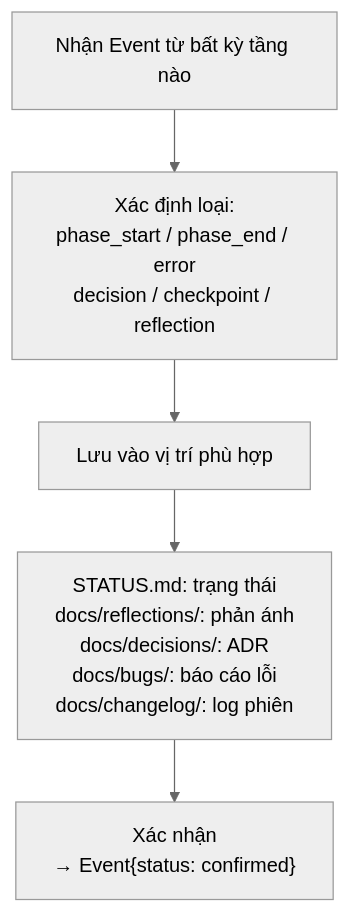
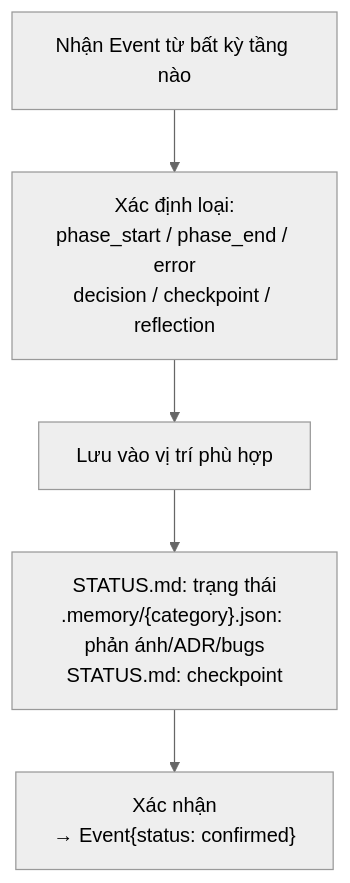
Before and after one commit to kitajima2910/pxhopencode: the diagram in runtime/layers/04-infrastructure.md, drawn with Mermaid (neutral theme). The commit also changed other lines of this file and 14 other files, not shown here.

Commit message:
feat: update version to v79 and enhance architecture integrity with reflection policies

````diff
--- a/runtime/layers/04-infrastructure.md
+++ b/runtime/layers/04-infrastructure.md
@@ -11,7 +11,7 @@
 ```mermaid
 flowchart TD
     A[Nhận Event từ bất kỳ tầng nào] --> B["Xác định loại:<br/>phase_start / phase_end / error<br/>decision / checkpoint / reflection"]
     B --> C["Lưu vào vị trí phù hợp"]
-    C --> D["STATUS.md: trạng thái<br/>docs/reflections/: phản ánh<br/>docs/decisions/: ADR<br/>docs/bugs/: báo cáo lỗi<br/>docs/changelog/: log phiên"]
+    C --> D["STATUS.md: trạng thái<br/>.memory/{category}.json: phản ánh/ADR/bugs<br/>STATUS.md: checkpoint"]
     D --> E["Xác nhận<br/>→ Event{status: confirmed}"]
 ```
````
